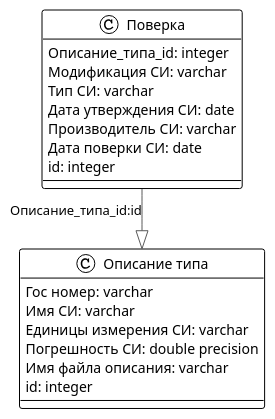
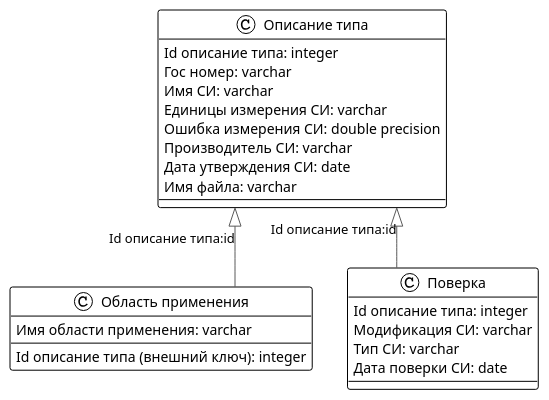
The diagram in backend/docs/type_description.puml (KochankovID/measurement-analysis-system), drawn with PlantUML before and after one commit. The commit also changed 10 other files, not shown here.

Commit message:
✨ Add diagrams

```diff
--- a/backend/docs/type_description.puml
+++ b/backend/docs/type_description.puml
@@ -1,26 +1,32 @@
 @startuml
 
 !theme plain
 top to bottom direction
 skinparam linetype ortho
 
+class "Область применения" {
+   Имя области применения: varchar
+   Id описание типа (внешний ключ): integer
+}
+
 class "Описание типа" {
+   Id описание типа: integer
    Гос номер: varchar
    Имя СИ: varchar
    Единицы измерения СИ: varchar
-   Погрешность СИ: double precision
-   Имя файла описания: varchar
-   id: integer
+   Ошибка измерения СИ: double precision
+   Производитель СИ: varchar
+   Дата утверждения СИ: date
+   Имя файла: varchar
 }
+
 class Поверка {
-   Описание_типа_id: integer
+   Id описание типа: integer
    Модификация СИ: varchar
    Тип СИ: varchar
-   Дата утверждения СИ: date
-   Производитель СИ: varchar
    Дата поверки СИ: date
-   id: integer
 }
 
-Поверка      -[#595959,plain]-^  "Описание типа" : "Описание_типа_id:id"
+"Область применения"  -up[#595959,plain]-^  "Описание типа" : "Id описание типа:id"
+Поверка      -up[#595959,plain]-^  "Описание типа" : "Id описание типа:id"
 @enduml
```
